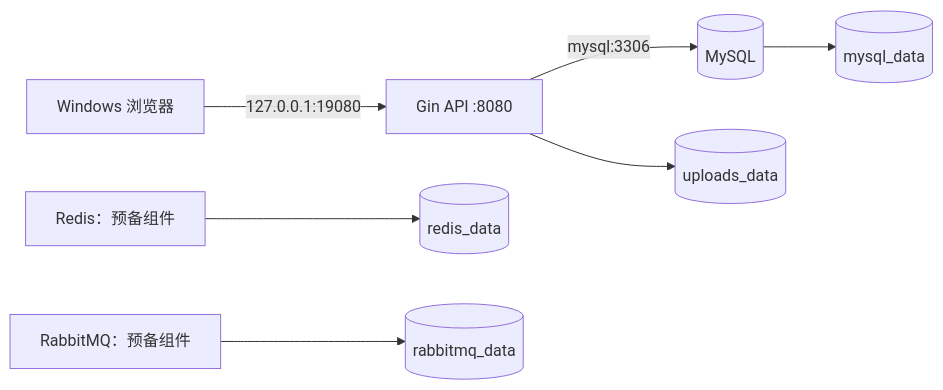
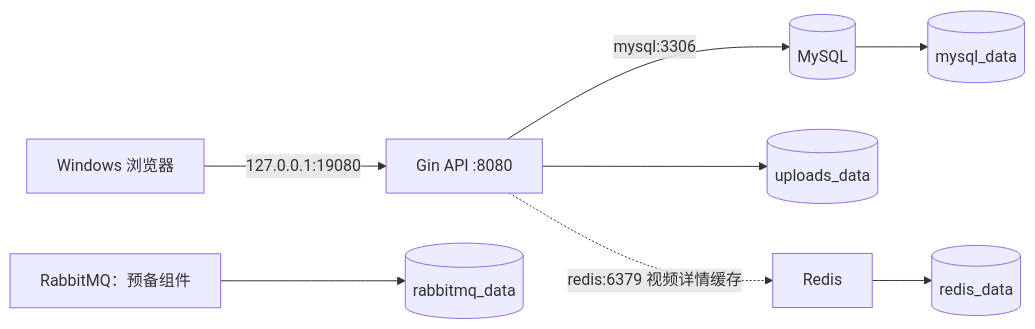
Before and after one commit to P3anut3/GoStream: the diagram in docs/learning/12_compose_environment.md, drawn with Mermaid. The commit also changed other lines of this file and 37 other files, not shown here.

````diff
--- a/docs/learning/12_compose_environment.md
+++ b/docs/learning/12_compose_environment.md
@@ -13,9 +13,9 @@
 ```mermaid
 flowchart LR
     B[Windows 浏览器] -->|127.0.0.1:19080| API[Gin API :8080]
     API -->|mysql:3306| DB[(MySQL)]
     API --> FILES[(uploads_data)]
     DB --> DATA[(mysql_data)]
-    R[Redis：预备组件] --> RD[(redis_data)]
+    API -.->|redis:6379 视频详情缓存| R[Redis] --> RD[(redis_data)]
     MQ[RabbitMQ：预备组件] --> MD[(rabbitmq_data)]
 ```
````
